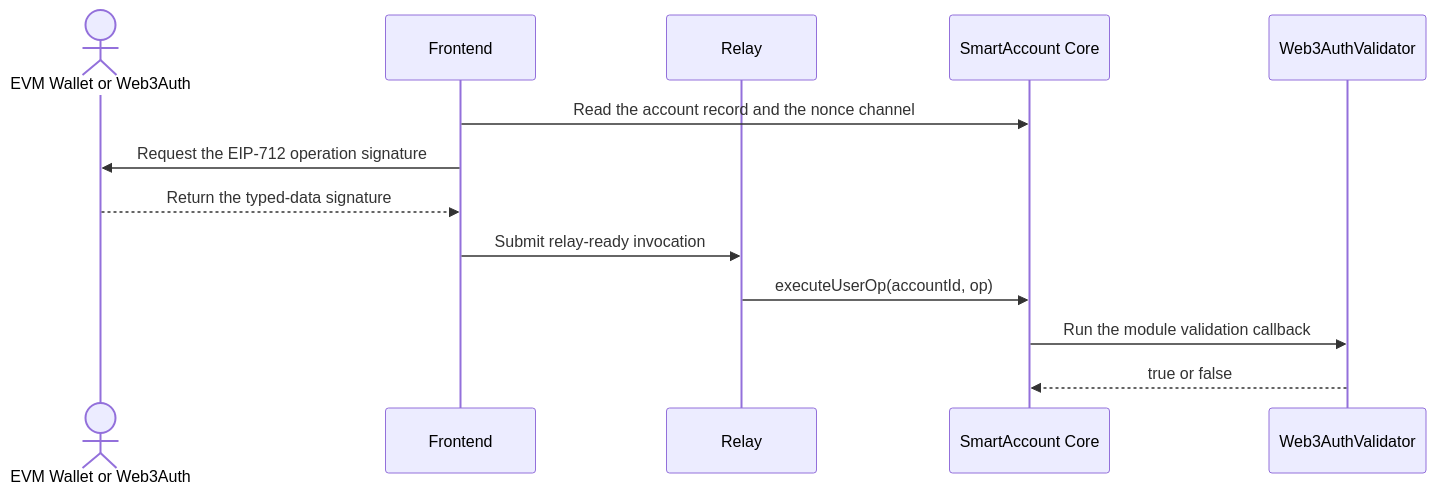
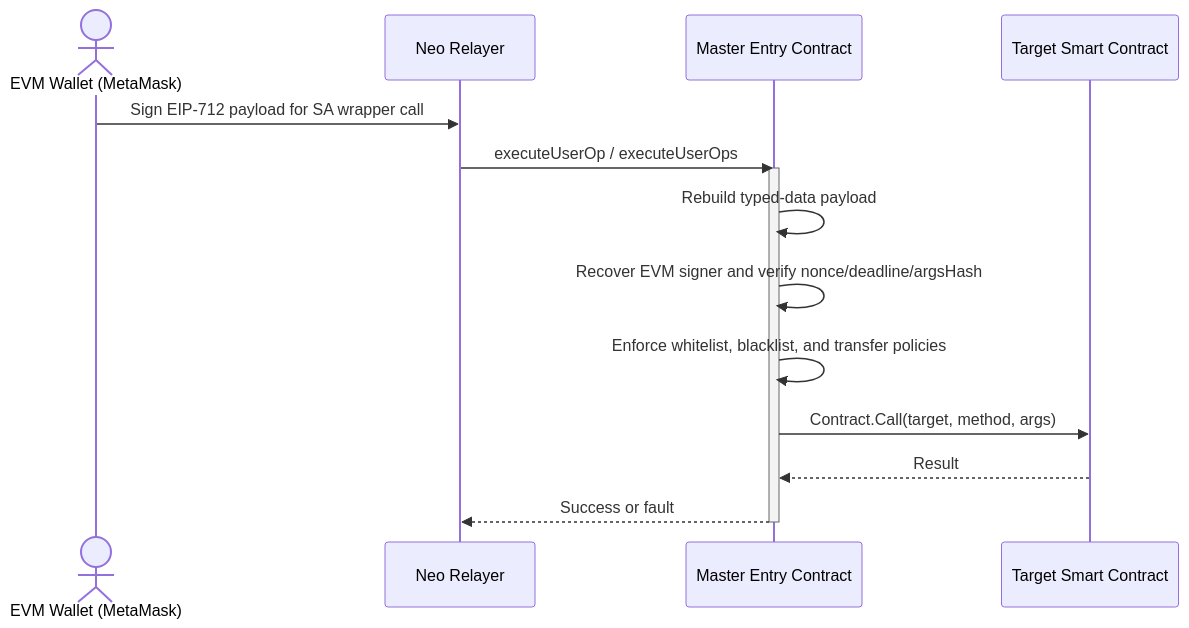
The fourth of 4 diagrams in frontend/src/assets/docs/workflow.md (r3e-network/neo-os-aa), drawn with Mermaid before and after one commit. The commit also changed other lines of this file and 148 other files, not shown here.

````diff
--- a/frontend/src/assets/docs/workflow.md
+++ b/frontend/src/assets/docs/workflow.md
@@ -103,16 +118,18 @@
 ```mermaid
 sequenceDiagram
-    actor EVM as EVM Wallet or Web3Auth
-    participant Browser as Frontend
-    participant Relay as Relay
-    participant Core as SmartAccount Core
-    participant Validator as Web3AuthValidator
+    actor EVM as EVM Wallet (MetaMask)
+    participant Relayer as Neo Relayer
+    participant Master as Master Entry Contract
+    participant Target as Target Smart Contract
 
-    Browser->>Core: Read the account record and the nonce channel
-    Browser->>EVM: Request the EIP-712 operation signature
-    EVM-->>Browser: Return the typed-data signature
-    Browser->>Relay: Submit relay-ready invocation
-    Relay->>Core: executeUserOp(accountId, op)
-    Core->>Validator: Run the module validation callback
-    Validator-->>Core: true or false
+    EVM->>Relayer: Sign EIP-712 payload for SA wrapper call
+    Relayer->>Master: executeUserOp / executeUserOps
+    activate Master
+    Master->>Master: Rebuild typed-data payload
+    Master->>Master: Recover EVM signer and verify nonce/deadline/argsHash
+    Master->>Master: Enforce whitelist, blacklist, and transfer policies
+    Master->>Target: Contract.Call(target, method, args)
+    Target-->>Master: Result
+    Master-->>Relayer: Success or fault
+    deactivate Master
 ```
````
